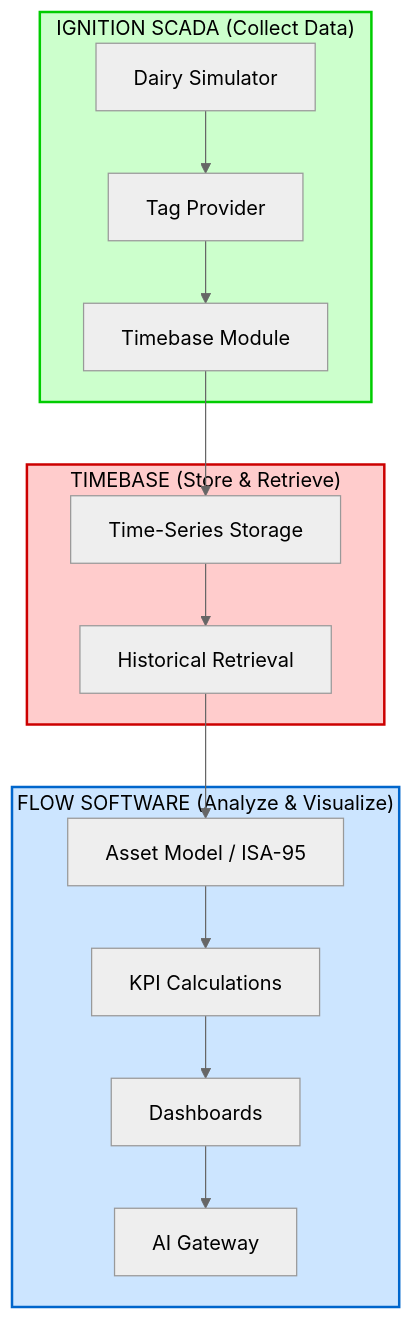
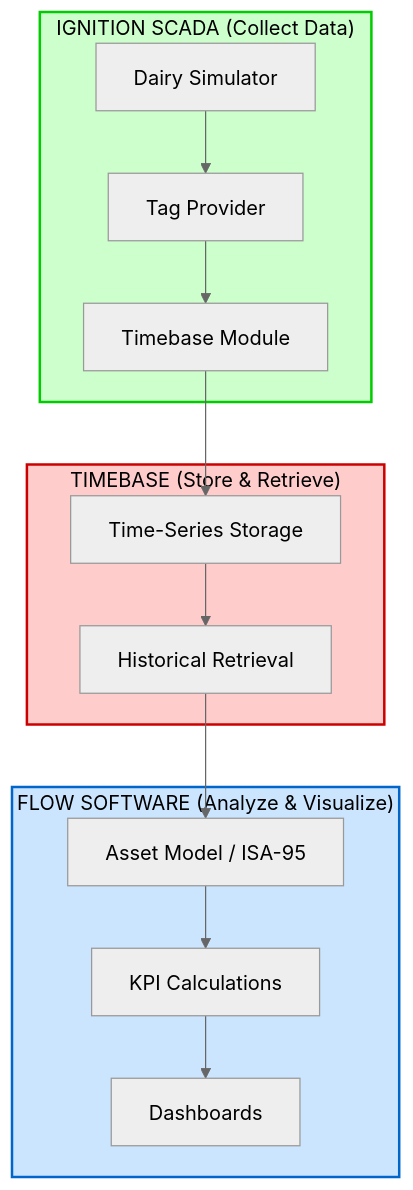
One commit to aott33/aott33.github.io changed the fourth of 5 diagrams in _posts/2025-12-29-industrial-data-integration-study.md. Above: the diagram before and after it, drawn with Mermaid (neutral theme). The commit also changed other lines of this file, not shown here.

````diff
--- a/_posts/2025-12-29-industrial-data-integration-study.md
+++ b/_posts/2025-12-29-industrial-data-integration-study.md
@@ -274,33 +311,31 @@
 ```mermaid
 graph TB
     subgraph Analytics ["FLOW SOFTWARE (Analyze & Visualize)"]
         FM[Asset Model / ISA-95]
         FK[KPI Calculations]
         FD[Dashboards]
-        FA[AI Gateway]
     end
 
     subgraph Storage ["TIMEBASE (Store & Retrieve)"]
         TH[Time-Series Storage]
         TR[Historical Retrieval]
     end
 
     subgraph Edge ["IGNITION SCADA (Collect Data)"]
         DS[Dairy Simulator]
         TP[Tag Provider]
         TM[Timebase Module]
     end
 
     DS --> TP
     TP --> TM
     TM --> TH
     TH --> TR
     TR --> FM
     FM --> FK
     FK --> FD
-    FD --> FA
 
     style Analytics fill:#cce5ff,stroke:#0066cc,stroke-width:2px,color:#000
     style Storage fill:#ffcccc,stroke:#cc0000,stroke-width:2px,color:#000
     style Edge fill:#ccffcc,stroke:#00cc00,stroke-width:2px,color:#000
 ```
````
